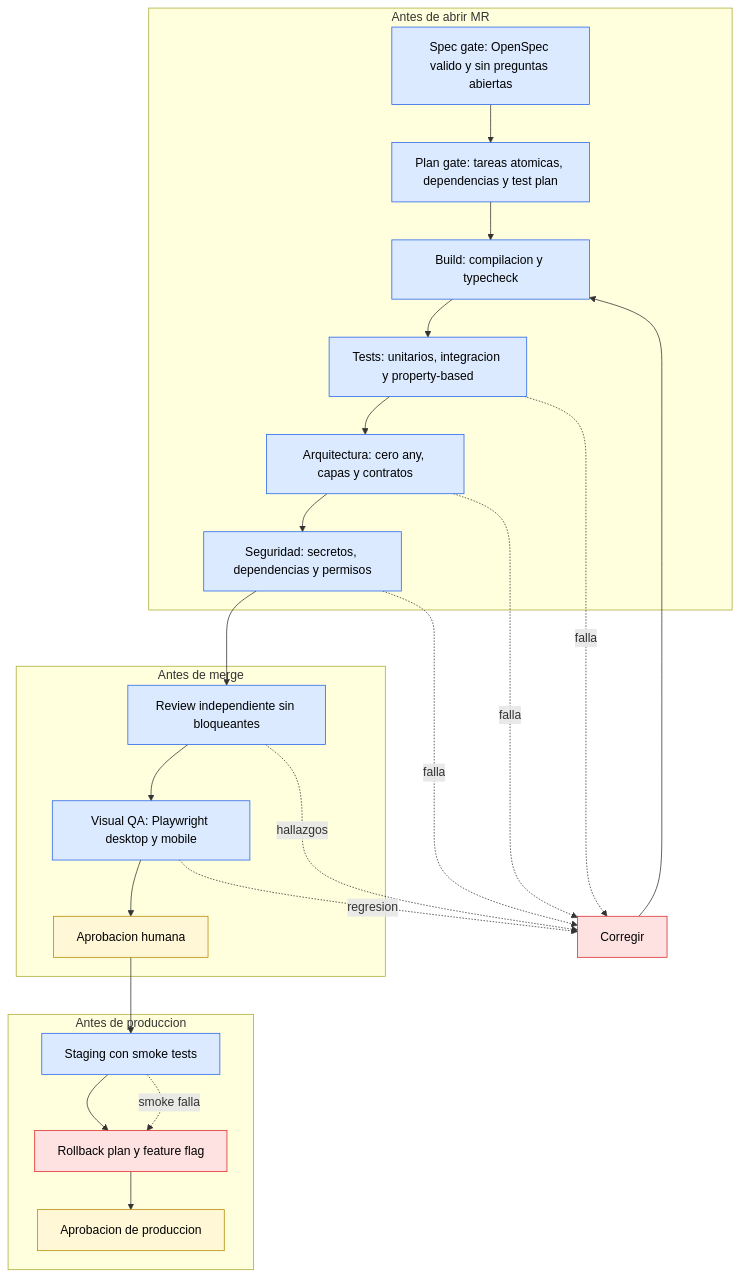
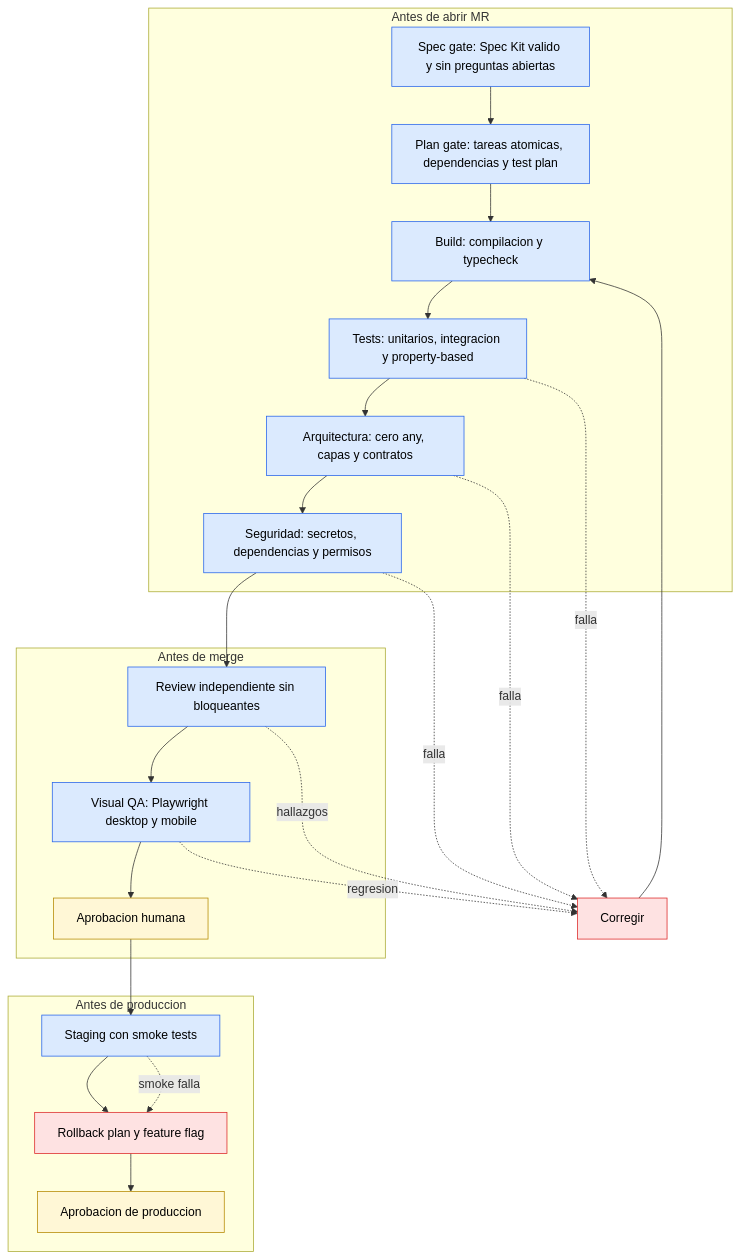
The diagram in architecture/mermaid/18-puertas-calidad.mmd (dsalazardev/ai-hub), drawn with Mermaid before and after one commit. The commit also changed 1324 other files, not shown here.

Commit message:
feat(engine): motor universal con Spec Kit, presets y catalogo de desarrollo

```diff
--- a/architecture/mermaid/18-puertas-calidad.mmd
+++ b/architecture/mermaid/18-puertas-calidad.mmd
@@ -1,38 +1,38 @@
 flowchart TD
   subgraph PREMR["Antes de abrir MR"]
-    SPEC["Spec gate: OpenSpec valido y sin preguntas abiertas"]
+    SPEC["Spec gate: Spec Kit valido y sin preguntas abiertas"]
     PLAN["Plan gate: tareas atomicas, dependencias y test plan"]
     BUILD["Build: compilacion y typecheck"]
     TESTS["Tests: unitarios, integracion y property-based"]
     ARCH["Arquitectura: cero any, capas y contratos"]
     SEC["Seguridad: secretos, dependencias y permisos"]
   end
   subgraph PREMERGE["Antes de merge"]
     REVIEW["Review independiente sin bloqueantes"]
     VISUAL["Visual QA: Playwright desktop y mobile"]
     HUMAN["Aprobacion humana"]
   end
   subgraph PREDEPLOY["Antes de produccion"]
     STAGE["Staging con smoke tests"]
     ROLLBACK["Rollback plan y feature flag"]
     PROD["Aprobacion de produccion"]
   end
   SPEC --> PLAN --> BUILD --> TESTS --> ARCH --> SEC --> REVIEW
   REVIEW --> VISUAL --> HUMAN --> STAGE --> ROLLBACK --> PROD
   TESTS -.->|falla| FIX["Corregir"]
   ARCH -.->|falla| FIX
   SEC -.->|falla| FIX
   REVIEW -.->|hallazgos| FIX
   VISUAL -.->|regresion| FIX
   STAGE -.->|smoke falla| ROLLBACK
   FIX --> BUILD
   %% No todas las puertas bloquean la misma fase.
   %% Spec y plan bloquean implementacion; review y visual bloquean merge;
   %% staging y produccion bloquean despliegue.
   classDef gate fill:#dbeafe,stroke:#2563eb,color:#000
   classDef human fill:#fff7d6,stroke:#b58900,color:#000
   classDef fail fill:#fee2e2,stroke:#dc2626,color:#000
   classDef deploy fill:#dcfce7,stroke:#16a34a,color:#000
   class SPEC,PLAN,BUILD,TESTS,ARCH,SEC,REVIEW,VISUAL,STAGE gate
   class HUMAN,PROD human
   class FIX,ROLLBACK fail
```
